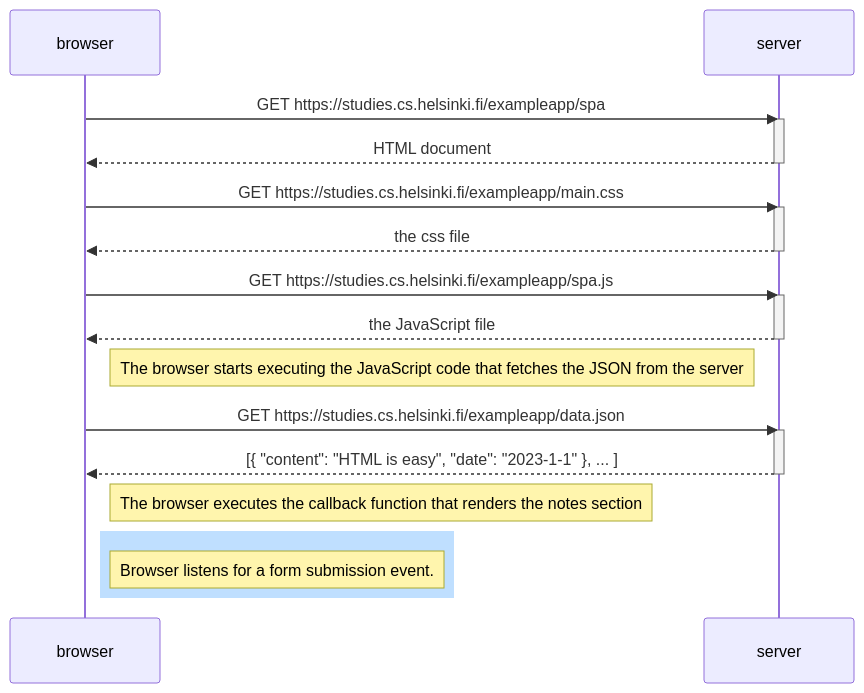
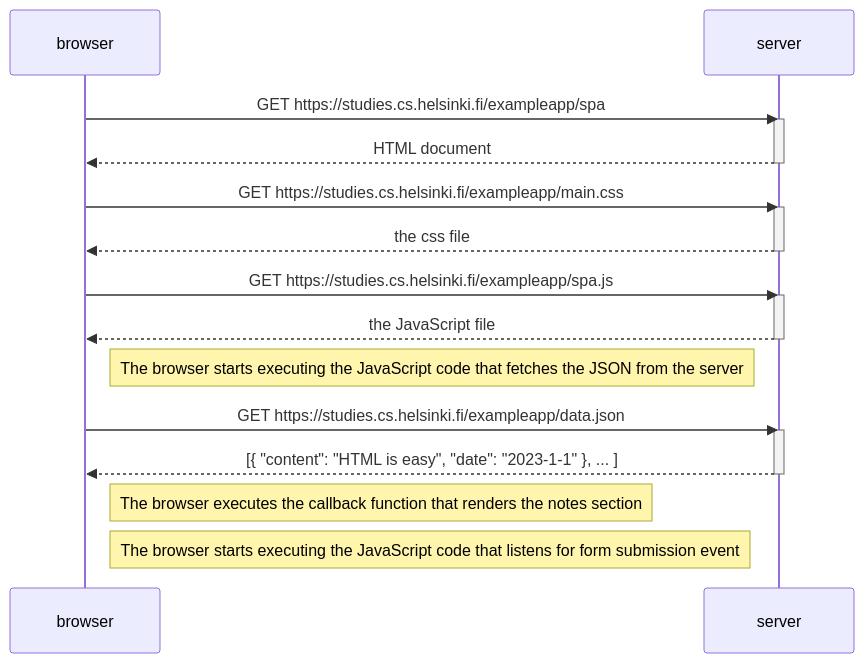
One commit to richardjchris/fullstackopen-course-2023 changed the diagram in part0/submission 0.5.md. Above: the diagram before and after it, drawn with Mermaid.

Commit message:
Amended submission 0.5.md

````diff
--- a/part0/submission 0.5.md
+++ b/part0/submission 0.5.md
@@ -3,33 +3,32 @@
 ```mermaid
     sequenceDiagram
     participant browser
     participant server
 
     browser->>server: GET https://studies.cs.helsinki.fi/exampleapp/spa
     activate server
     server-->>browser: HTML document
     deactivate server
 
     browser->>server: GET https://studies.cs.helsinki.fi/exampleapp/main.css
     activate server
     server-->>browser: the css file
     deactivate server
 
     browser->>server: GET https://studies.cs.helsinki.fi/exampleapp/spa.js
     activate server
     server-->>browser: the JavaScript file
     deactivate server
 
     Note right of browser: The browser starts executing the JavaScript code that fetches the JSON from the server
 
     browser->>server: GET https://studies.cs.helsinki.fi/exampleapp/data.json
     activate server
     server-->>browser: [{ "content": "HTML is easy", "date": "2023-1-1" }, ... ]
     deactivate server
 
     Note right of browser: The browser executes the callback function that renders the notes section
     
-    rect rgb(191, 223, 255)
-    Note right of browser: Browser listens for a form submission event.
-    end
+    Note right of browser: The browser starts executing the JavaScript code that listens for form submission event
+    
 ```
````
